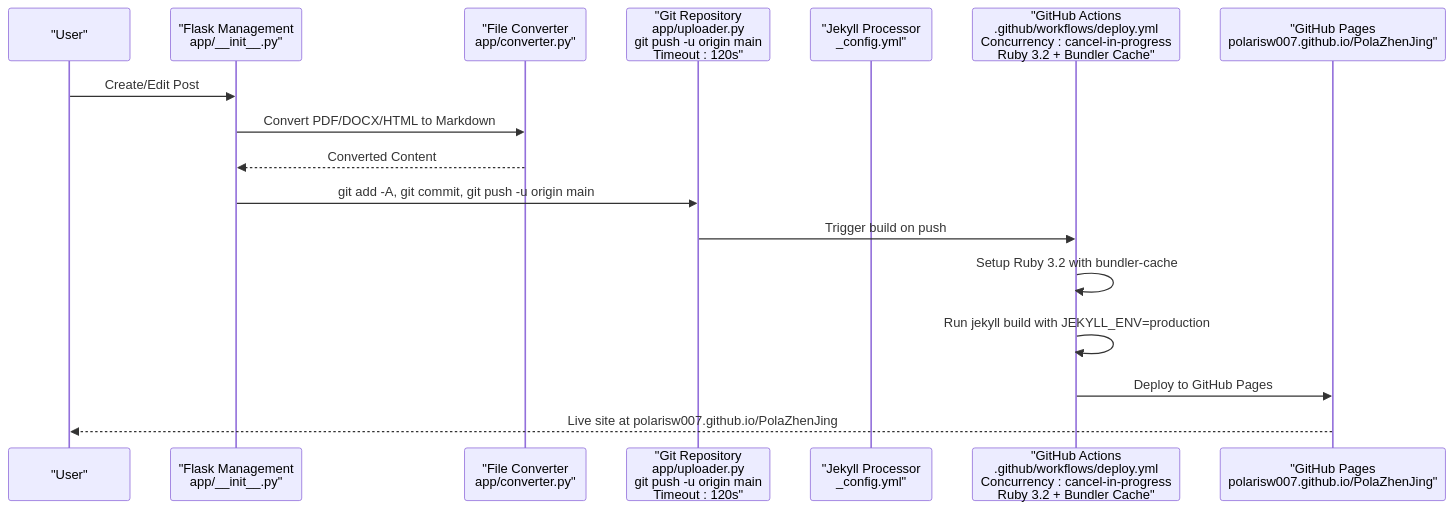
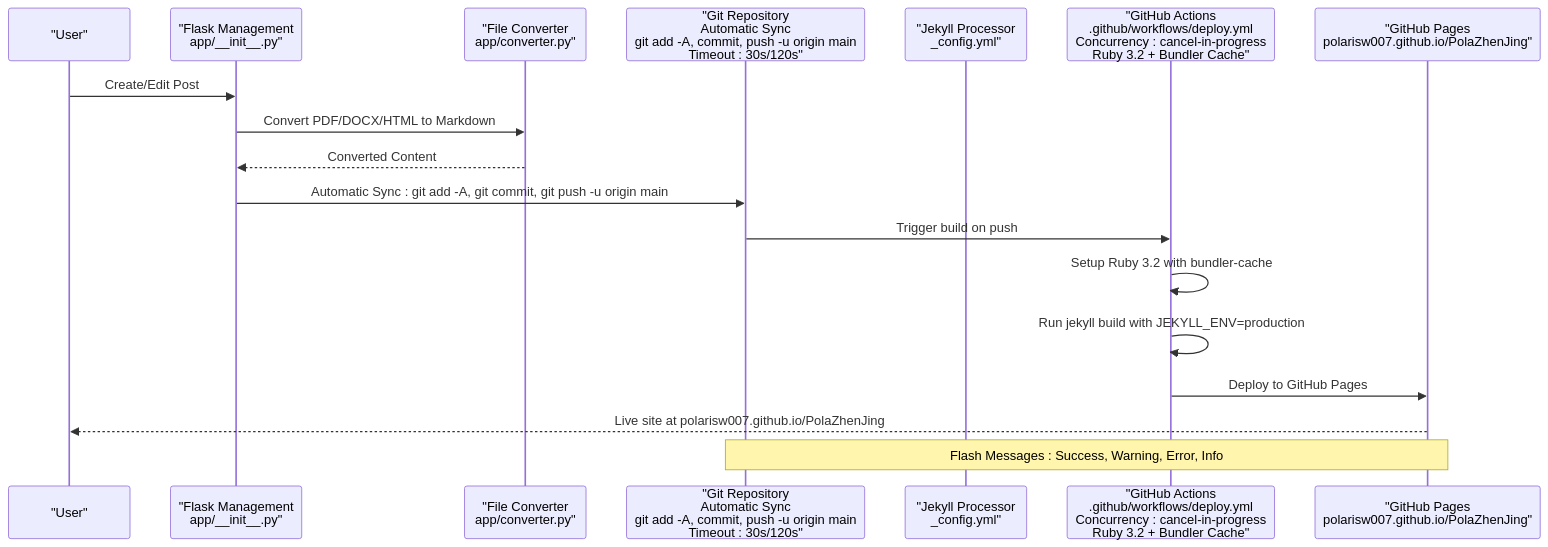
Before and after one commit to PolarisW007/PolaZhenJing: the second of 4 diagrams in .qoder/repowiki/en/content/Backend Application/Publishing Pipeline.md, drawn with Mermaid. The commit also changed other lines of this file and 11 other files, not shown here.

````diff
--- a/.qoder/repowiki/en/content/Backend Application/Publishing Pipeline.md
+++ b/.qoder/repowiki/en/content/Backend Application/Publishing Pipeline.md
@@ -154,19 +166,20 @@
 ```mermaid
 sequenceDiagram
 participant User as "User"
 participant Flask as "Flask Management<br/>app/__init__.py"
 participant Converter as "File Converter<br/>app/converter.py"
-participant Git as "Git Repository<br/>app/uploader.py<br/>git push -u origin main<br/>Timeout : 120s"
+participant Git as "Git Repository<br/>Automatic Sync<br/>git add -A, commit, push -u origin main<br/>Timeout : 30s/120s"
 participant Jekyll as "Jekyll Processor<br/>_config.yml"
 participant GH as "GitHub Actions<br/>.github/workflows/deploy.yml<br/>Concurrency : cancel-in-progress<br/>Ruby 3.2 + Bundler Cache"
 participant Pages as "GitHub Pages<br/>polarisw007.github.io/PolaZhenJing"
 User->>Flask : Create/Edit Post
 Flask->>Converter : Convert PDF/DOCX/HTML to Markdown
 Converter-->>Flask : Converted Content
-Flask->>Git : git add -A, git commit, git push -u origin main
+Flask->>Git : Automatic Sync : git add -A, git commit, git push -u origin main
 Git->>GH : Trigger build on push
 GH->>GH : Setup Ruby 3.2 with bundler-cache
 GH->>GH : Run jekyll build with JEKYLL_ENV=production
 GH->>Pages : Deploy to GitHub Pages
 Pages-->>User : Live site at polarisw007.github.io/PolaZhenJing
+Note over Git,Pages : Flash Messages : Success, Warning, Error, Info
 ```
````
